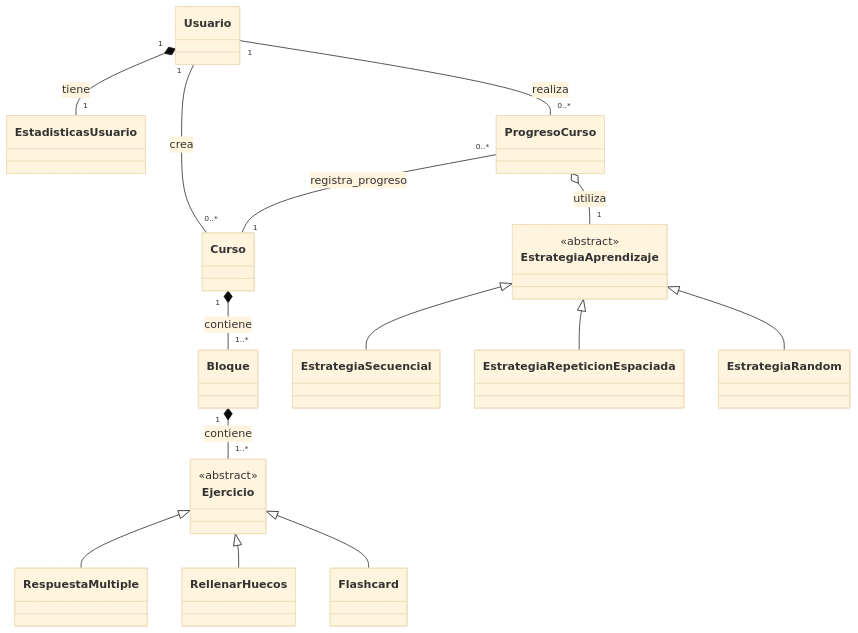
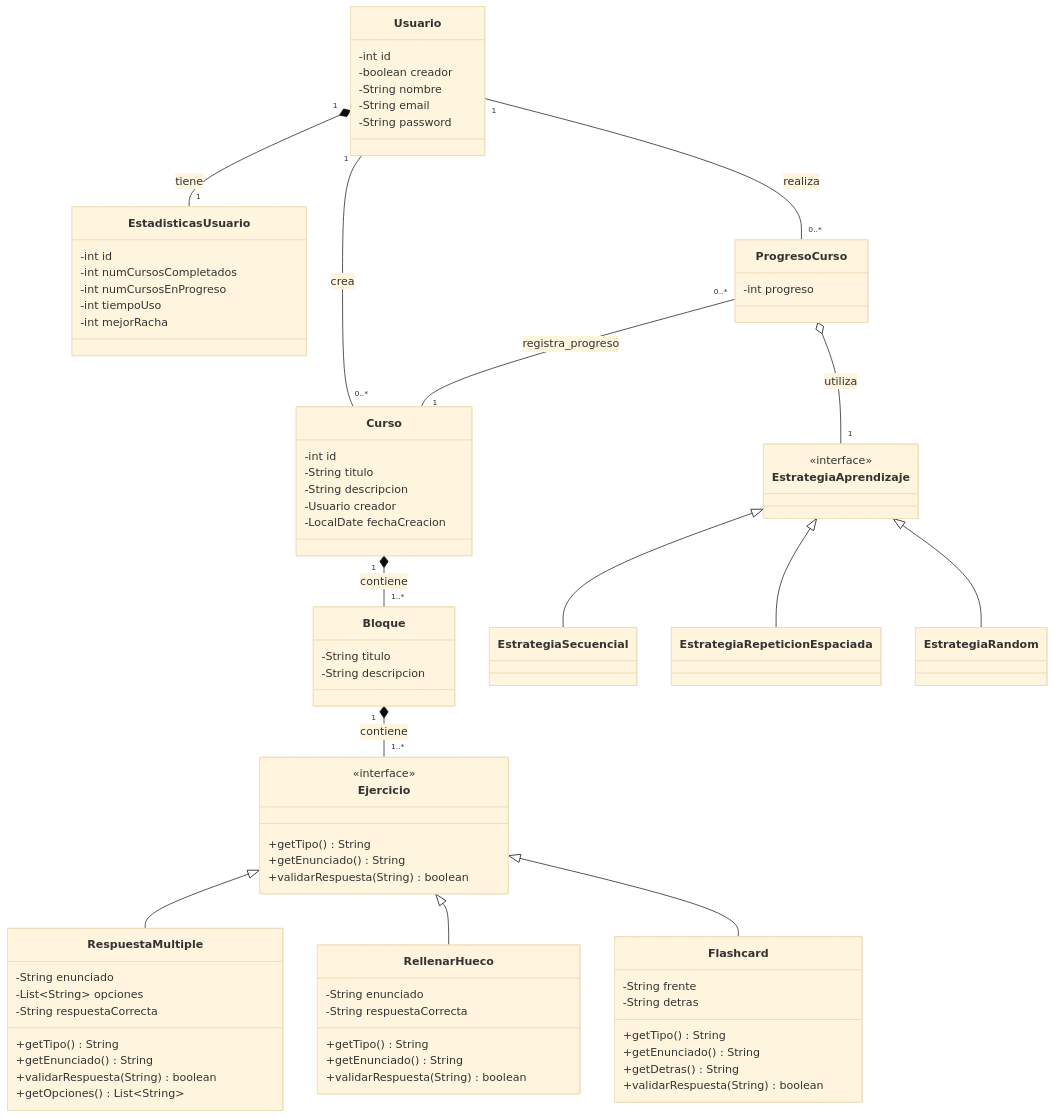
The diagram in docs/modelado/modelo_dominio.md (rubmoyanop/pds2025-plataforma-aprendizaje), drawn with Mermaid (base theme) before and after one commit. The commit also changed 1 other file, not shown here.

Commit message:
Actualizada la documentación del modelo de dominio

````diff
--- a/docs/modelado/modelo_dominio.md
+++ b/docs/modelado/modelo_dominio.md
@@ -5,25 +5,83 @@
 ```mermaid
 classDiagram
     class Usuario {
+        -int id
+        -boolean creador
+        -String nombre
+        -String email
+        -String password
     }
     class EstadisticasUsuario{
+        -int id
+        -int numCursosCompletados
+        -int numCursosEnProgreso
+        -int tiempoUso
+        -int mejorRacha
     }
     class Curso {
+        -int id
+        -String titulo
+        -String descripcion
+        -Usuario creador
+        -LocalDate fechaCreacion
     }
     class Bloque {
+        -String titulo
+        -String descripcion
+    
     }
     class ProgresoCurso {
+        -int progreso
     }
 
     class Ejercicio {
-        <<abstract>>
+        <<interface>>
+        +getTipo() String
+        +getEnunciado() String
+        +validarRespuesta(String) boolean
     }
     class EstrategiaAprendizaje {
-        <<abstract>>
+        <<interface>>
+    }
+
+    class EstrategiaSecuencial {
+    }
+
+    class EstrategiaRepeticionEspaciada {
+    }
+
+    class EstrategiaRandom {
+    }
+
+    class RespuestaMultiple {
+        -String enunciado
+        -List~String~ opciones
+        -String respuestaCorrecta
+        +getTipo() String
+        +getEnunciado() String
+        +validarRespuesta(String) boolean
+        +getOpciones() List~String~
+    }
+
+    class RellenarHueco {
+        -String enunciado
+        -String respuestaCorrecta
+        +getTipo() String
+        +getEnunciado() String
+        +validarRespuesta(String) boolean
+    }
+
+    class Flashcard {
+        -String frente
+        -String detras
+        +getTipo() String
+        +getEnunciado() String
+        +getDetras() String
+        +validarRespuesta(String) boolean
     }
 
     Ejercicio <|-- RespuestaMultiple 
-    Ejercicio <|-- RellenarHuecos 
+    Ejercicio <|-- RellenarHueco 
     Ejercicio <|-- Flashcard 
 
     EstrategiaAprendizaje <|-- EstrategiaSecuencial 
````
